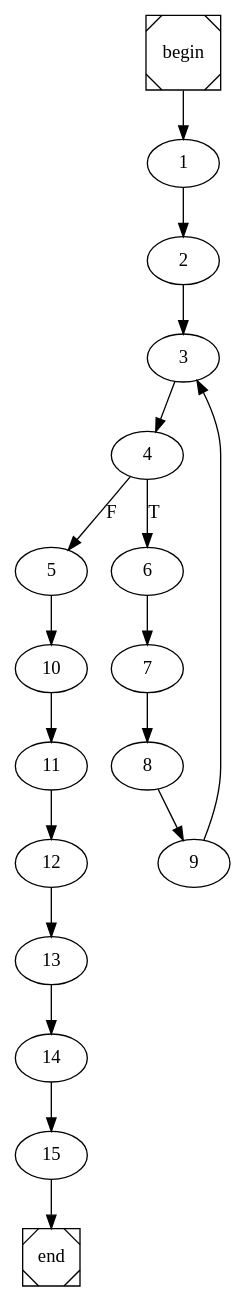
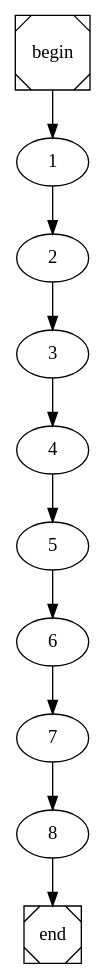
Before and after one commit to nunores/Java-Compiler: the diagram in main.dot, drawn with Graphviz. The commit also changed 16 other files, not shown here.

```diff
--- a/main.dot
+++ b/main.dot
@@ -1,4 +1,4 @@
 digraph cfg {
 	begin [shape=Msquare];
 	end [shape=Msquare];
-	begin -> 1;	1 -> 2;	2 -> 3;	3 -> 4;	4 -> 6[label=T];	4 -> 5[label=F];	5 -> 10;	6 -> 7;	7 -> 8;	8 -> 9;	9 -> 3;	10 -> 11;	11 -> 12;	12 -> 13;	13 -> 14;	14 -> 15;	15 -> end;}
+	begin -> 1;	1 -> 2;	2 -> 3;	3 -> 4;	4 -> 5;	5 -> 6;	6 -> 7;	7 -> 8;	8 -> end;}
```
